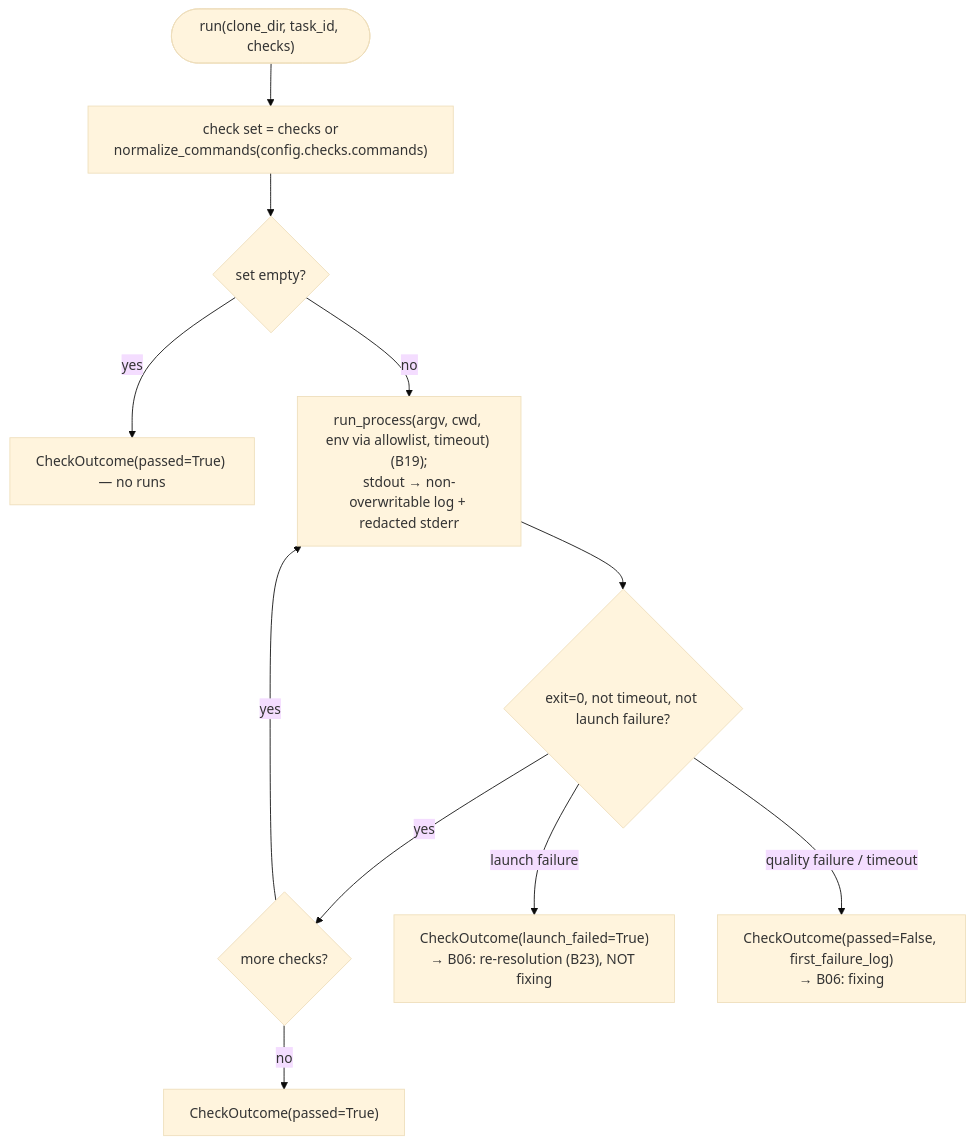
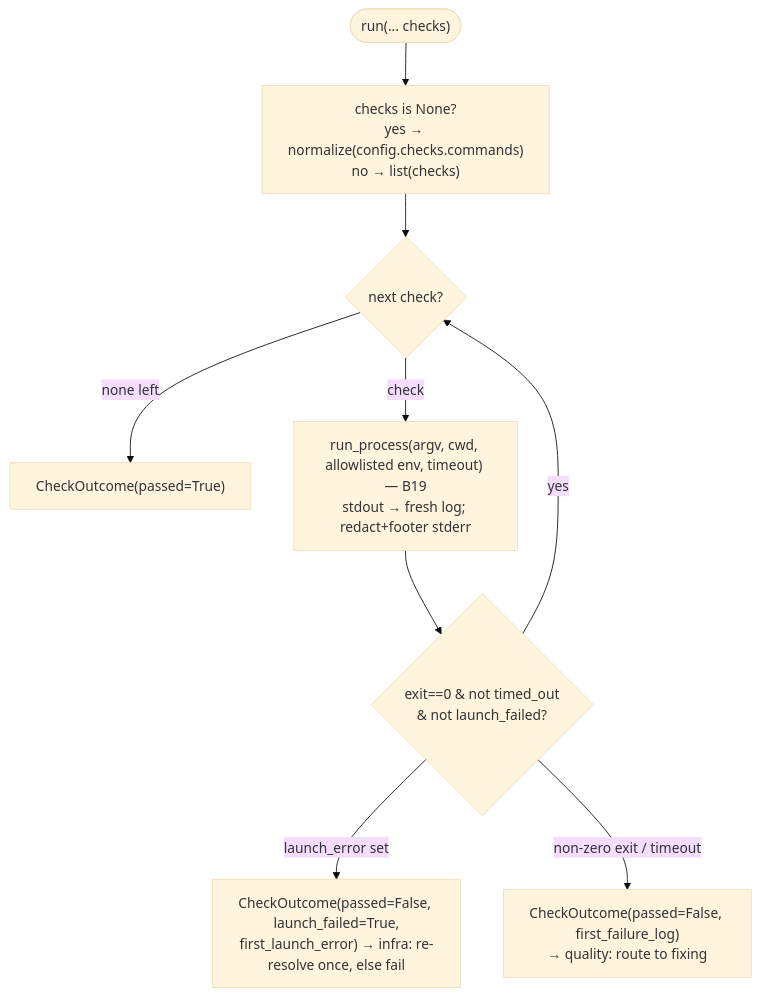
Before and after one commit to VladimirMakarevich/wastech-orchestrator: the diagram in docs/functional/blocks/B24-check-execution.md, drawn with Mermaid (base theme). The commit also changed other lines of this file and 39 other files, not shown here.

First line of the commit message:
docs: Add detailed documentation for new flows and components

````diff
--- a/docs/functional/blocks/B24-check-execution.md
+++ b/docs/functional/blocks/B24-check-execution.md
@@ -48,13 +47,11 @@
 ```mermaid
 flowchart TB
-    start(["run(clone_dir, task_id, checks)"]) --> set["check set = checks or<br/>normalize_commands(config.checks.commands)"]
-    set --> empty{"set empty?"}
-    empty -->|yes| passall["CheckOutcome(passed=True) — no runs"]
-    empty -->|no| run["run_process(argv, cwd, env via allowlist, timeout) (B19);<br/>stdout → non-overwritable log + redacted stderr"]
-    run --> ok{"exit=0, not timeout, not launch failure?"}
-    ok -->|yes| next{"more checks?"}
-    next -->|yes| run
-    next -->|no| passall2["CheckOutcome(passed=True)"]
-    ok -->|"launch failure"| lf["CheckOutcome(launch_failed=True)<br/>→ B06: re-resolution (B23), NOT fixing"]
-    ok -->|"quality failure / timeout"| qf["CheckOutcome(passed=False, first_failure_log)<br/>→ B06: fixing"]
+    start(["run(... checks)"]) --> norm["checks is None?<br/>yes → normalize(config.checks.commands)<br/>no → list(checks)"]
+    norm --> loop{"next check?"}
+    loop -->|none left| passall["CheckOutcome(passed=True)"]
+    loop -->|check| exec["run_process(argv, cwd, allowlisted env, timeout) — B19<br/>stdout → fresh log; redact+footer stderr"]
+    exec --> pf{"exit==0 &amp; not timed_out<br/>&amp; not launch_failed?"}
+    pf -->|yes| loop
+    pf -->|"launch_error set"| lf["CheckOutcome(passed=False, launch_failed=True,<br/>first_launch_error) → infra: re-resolve once, else fail"]
+    pf -->|"non-zero exit / timeout"| qf["CheckOutcome(passed=False, first_failure_log)<br/>→ quality: route to fixing"]
 ```
````
